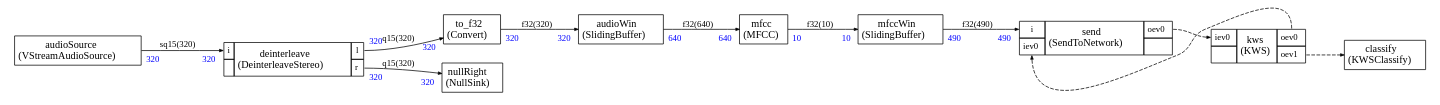
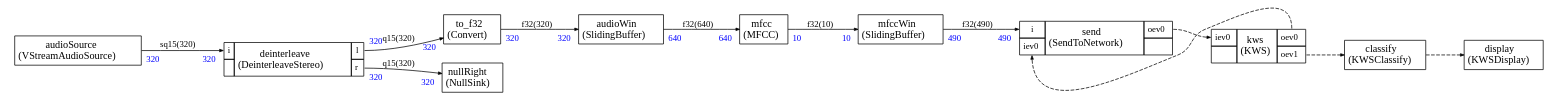
Before and after one commit to christophe0606/AlifAudioExample: the diagram in App_HE/stream/scheduler/graph.dot, drawn with Graphviz. The commit also changed 14 other files, not shown here.

```diff
--- a/App_HE/stream/scheduler/graph.dot
+++ b/App_HE/stream/scheduler/graph.dot
@@ -1,167 +1,177 @@
 
 
 
 
 
 
 digraph structs {
     bgcolor = "white"
     node [shape=plaintext,color="black",fontcolor="black",fontname="Times-Roman"]
     rankdir=LR
     edge [arrowsize="0.5",color="black",fontcolor="black",fontname="Times-Roman"]
 
 
 audioSource [label=<
 <TABLE color="black" bgcolor="none" BORDER="0" CELLBORDER="1" CELLSPACING="0" CELLPADDING="4">
   <TR>
     <TD ALIGN="CENTER" PORT="i"><FONT COLOR="black" POINT-SIZE="14.0">audioSource<BR/>(VStreamAudioSource)</FONT></TD>
   </TR>
 </TABLE>>];
 
 audioWin [label=<
 <TABLE color="black" bgcolor="none" BORDER="0" CELLBORDER="1" CELLSPACING="0" CELLPADDING="4">
   <TR>
     <TD ALIGN="CENTER" PORT="i"><FONT COLOR="black" POINT-SIZE="14.0">audioWin<BR/>(SlidingBuffer)</FONT></TD>
   </TR>
 </TABLE>>];
 
 
 deinterleave [label=<
 <TABLE color="black" bgcolor="none" BORDER="0" CELLBORDER="1" CELLSPACING="0" CELLPADDING="4">
   <TR>
     <TD PORT="i"><FONT POINT-SIZE="12.0" COLOR="black">i</FONT></TD>
     <TD ALIGN="CENTER" ROWSPAN="2"><FONT COLOR="black" POINT-SIZE="14.0">deinterleave<BR/>(DeinterleaveStereo)</FONT></TD>
     <TD PORT="l"><FONT POINT-SIZE="12.0" COLOR="black">l</FONT></TD>
   </TR>
 <TR>
  
 <TD></TD>
 <TD PORT="r"><FONT POINT-SIZE="12.0" COLOR="black">r</FONT></TD>
 </TR>
 
 </TABLE>>];
 
 mfcc [label=<
 <TABLE color="black" bgcolor="none" BORDER="0" CELLBORDER="1" CELLSPACING="0" CELLPADDING="4">
   <TR>
     <TD ALIGN="CENTER" PORT="i"><FONT COLOR="black" POINT-SIZE="14.0">mfcc<BR/>(MFCC)</FONT></TD>
   </TR>
 </TABLE>>];
 
 mfccWin [label=<
 <TABLE color="black" bgcolor="none" BORDER="0" CELLBORDER="1" CELLSPACING="0" CELLPADDING="4">
   <TR>
     <TD ALIGN="CENTER" PORT="i"><FONT COLOR="black" POINT-SIZE="14.0">mfccWin<BR/>(SlidingBuffer)</FONT></TD>
   </TR>
 </TABLE>>];
 
 nullRight [label=<
 <TABLE color="black" bgcolor="none" BORDER="0" CELLBORDER="1" CELLSPACING="0" CELLPADDING="4">
   <TR>
     <TD ALIGN="CENTER" PORT="i"><FONT COLOR="black" POINT-SIZE="14.0">nullRight<BR/>(NullSink)</FONT></TD>
   </TR>
 </TABLE>>];
 
 
 send [label=<
 <TABLE color="black" bgcolor="none" BORDER="0" CELLBORDER="1" CELLSPACING="0" CELLPADDING="4">
   <TR>
     <TD PORT="i"><FONT POINT-SIZE="12.0" COLOR="black">i</FONT></TD>
     <TD ALIGN="CENTER" ROWSPAN="2"><FONT COLOR="black" POINT-SIZE="14.0">send<BR/>(SendToNetwork)</FONT></TD>
     <TD PORT="oev0"><FONT POINT-SIZE="12.0" COLOR="black">oev0</FONT></TD>
   </TR>
 <TR>
 <TD PORT="iev0"><FONT POINT-SIZE="12.0" COLOR="black">iev0</FONT></TD>
 
  
 <TD></TD></TR>
 
 </TABLE>>];
 
 to_f32 [label=<
 <TABLE color="black" bgcolor="none" BORDER="0" CELLBORDER="1" CELLSPACING="0" CELLPADDING="4">
   <TR>
     <TD ALIGN="CENTER" PORT="i"><FONT COLOR="black" POINT-SIZE="14.0">to_f32<BR/>(Convert)</FONT></TD>
   </TR>
 </TABLE>>];
 
 classify [label=<
 <TABLE color="black" bgcolor="none" BORDER="0" CELLBORDER="1" CELLSPACING="0" CELLPADDING="4">
   <TR>
     <TD ALIGN="CENTER" PORT="i"><FONT COLOR="black" POINT-SIZE="14.0">classify<BR/>(KWSClassify)</FONT></TD>
   </TR>
 </TABLE>>];
 
+display [label=<
+<TABLE color="black" bgcolor="none" BORDER="0" CELLBORDER="1" CELLSPACING="0" CELLPADDING="4">
+  <TR>
+    <TD ALIGN="CENTER" PORT="i"><FONT COLOR="black" POINT-SIZE="14.0">display<BR/>(KWSDisplay)</FONT></TD>
+  </TR>
+</TABLE>>];
+
 
 kws [label=<
 <TABLE color="black" bgcolor="none" BORDER="0" CELLBORDER="1" CELLSPACING="0" CELLPADDING="4">
   <TR>
     <TD PORT="iev0"><FONT POINT-SIZE="12.0" COLOR="black">iev0</FONT></TD>
     <TD ALIGN="CENTER" ROWSPAN="2"><FONT COLOR="black" POINT-SIZE="14.0">kws<BR/>(KWS)</FONT></TD>
     <TD PORT="oev0"><FONT POINT-SIZE="12.0" COLOR="black">oev0</FONT></TD>
   </TR>
 <TR>
  
 <TD></TD>
 <TD PORT="oev1"><FONT POINT-SIZE="12.0" COLOR="black">oev1</FONT></TD>
 </TR>
 
 </TABLE>>];
 
 
 
 audioSource:i -> deinterleave:i [style="solid",color="black",fontsize="12.0",fontcolor="black",label=<sq15(320)>
 ,headlabel=<<TABLE BORDER="0" CELLPADDING="4"><TR><TD><FONT COLOR="blue" POINT-SIZE="12.0" >320</FONT>
 </TD></TR></TABLE>>
 ,taillabel=<<TABLE BORDER="0" CELLPADDING="4"><TR><TD><FONT COLOR="blue" POINT-SIZE="12.0" >320</FONT>
 </TD></TR></TABLE>>]
 
 deinterleave:l -> to_f32:i [style="solid",color="black",fontsize="12.0",fontcolor="black",label=<q15(320)>
 ,headlabel=<<TABLE BORDER="0" CELLPADDING="4"><TR><TD><FONT COLOR="blue" POINT-SIZE="12.0" >320</FONT>
 </TD></TR></TABLE>>
 ,taillabel=<<TABLE BORDER="0" CELLPADDING="4"><TR><TD><FONT COLOR="blue" POINT-SIZE="12.0" >320</FONT>
 </TD></TR></TABLE>>]
 
 to_f32:i -> audioWin:i [style="solid",color="black",fontsize="12.0",fontcolor="black",label=<f32(320)>
 ,headlabel=<<TABLE BORDER="0" CELLPADDING="4"><TR><TD><FONT COLOR="blue" POINT-SIZE="12.0" >320</FONT>
 </TD></TR></TABLE>>
 ,taillabel=<<TABLE BORDER="0" CELLPADDING="4"><TR><TD><FONT COLOR="blue" POINT-SIZE="12.0" >320</FONT>
 </TD></TR></TABLE>>]
 
 audioWin:i -> mfcc:i [style="solid",color="black",fontsize="12.0",fontcolor="black",label=<f32(640)>
 ,headlabel=<<TABLE BORDER="0" CELLPADDING="4"><TR><TD><FONT COLOR="blue" POINT-SIZE="12.0" >640</FONT>
 </TD></TR></TABLE>>
 ,taillabel=<<TABLE BORDER="0" CELLPADDING="4"><TR><TD><FONT COLOR="blue" POINT-SIZE="12.0" >640</FONT>
 </TD></TR></TABLE>>]
 
 mfcc:i -> mfccWin:i [style="solid",color="black",fontsize="12.0",fontcolor="black",label=<f32(10)>
 ,headlabel=<<TABLE BORDER="0" CELLPADDING="4"><TR><TD><FONT COLOR="blue" POINT-SIZE="12.0" >10</FONT>
 </TD></TR></TABLE>>
 ,taillabel=<<TABLE BORDER="0" CELLPADDING="4"><TR><TD><FONT COLOR="blue" POINT-SIZE="12.0" >10</FONT>
 </TD></TR></TABLE>>]
 
 mfccWin:i -> send:i [style="solid",color="black",fontsize="12.0",fontcolor="black",label=<f32(490)>
 ,headlabel=<<TABLE BORDER="0" CELLPADDING="4"><TR><TD><FONT COLOR="blue" POINT-SIZE="12.0" >490</FONT>
 </TD></TR></TABLE>>
 ,taillabel=<<TABLE BORDER="0" CELLPADDING="4"><TR><TD><FONT COLOR="blue" POINT-SIZE="12.0" >490</FONT>
 </TD></TR></TABLE>>]
 
 deinterleave:r -> nullRight:i [style="solid",color="black",fontsize="12.0",fontcolor="black",label=<q15(320)>
 ,headlabel=<<TABLE BORDER="0" CELLPADDING="4"><TR><TD><FONT COLOR="blue" POINT-SIZE="12.0" >320</FONT>
 </TD></TR></TABLE>>
 ,taillabel=<<TABLE BORDER="0" CELLPADDING="4"><TR><TD><FONT COLOR="blue" POINT-SIZE="12.0" >320</FONT>
 </TD></TR></TABLE>>]
 
 
 
 send:oev0 -> kws:iev0 [style="dashed",color="black",fontsize="12.0",fontcolor="black",label=<>
 
 ]
 kws:oev0 -> send:iev0 [style="dashed",color="black",fontsize="12.0",fontcolor="black",label=<>
 
 ]
 kws:oev1 -> classify:i [style="dashed",color="black",fontsize="12.0",fontcolor="black",label=<>
 
 ]
+classify:i -> display:i [style="dashed",color="black",fontsize="12.0",fontcolor="black",label=<>
+
+]
 
 }
```
